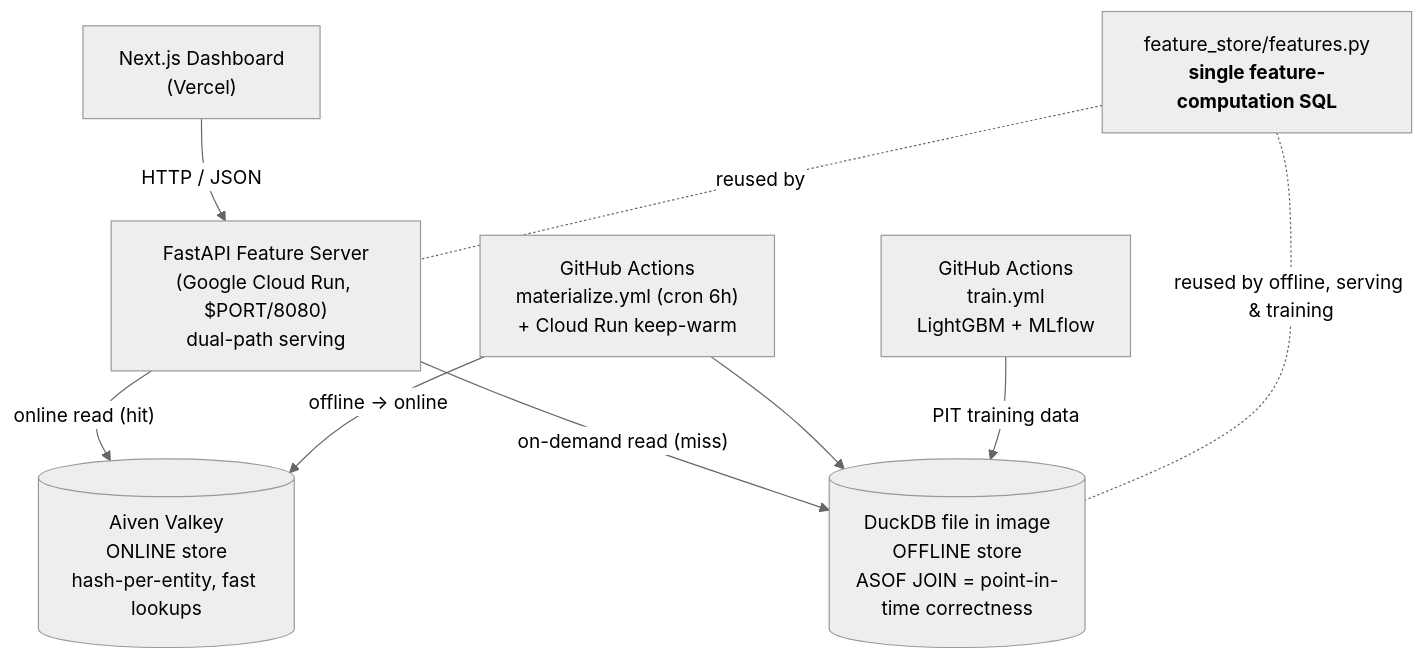
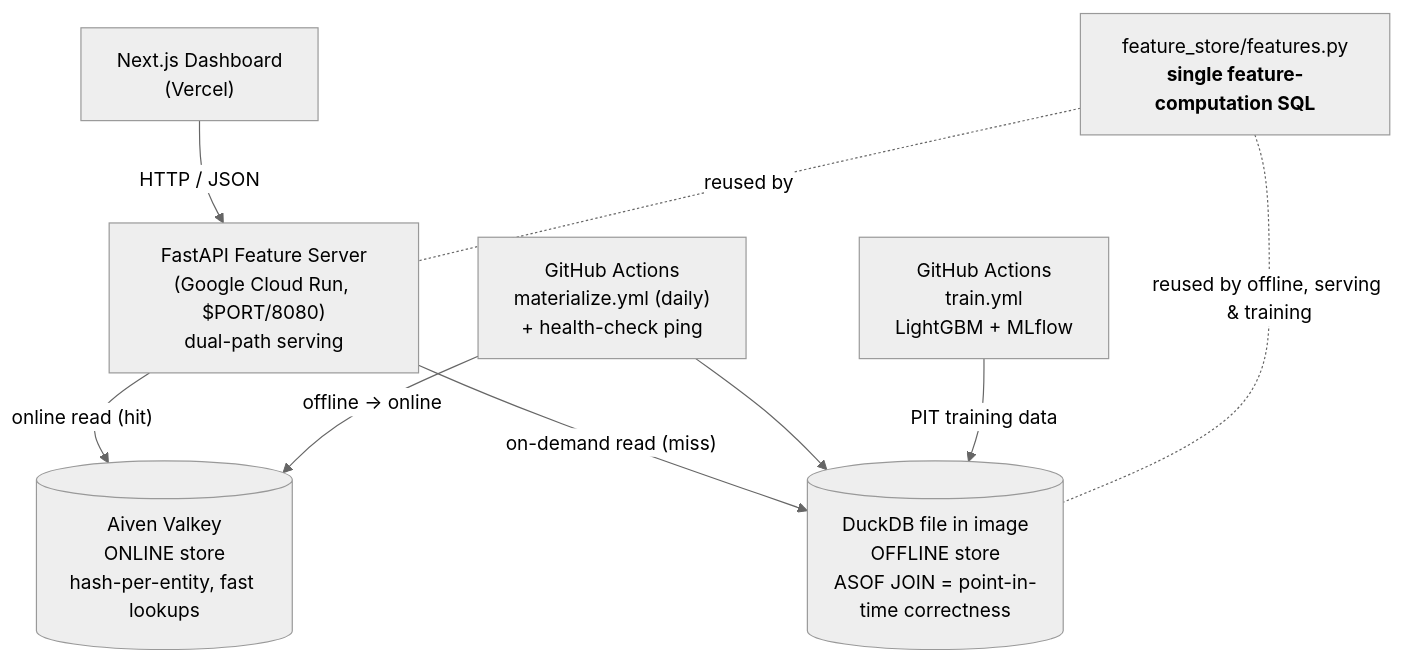
Before and after one commit to shiva-shivanibokka/ML-System-Design-Feature-Store: the diagram in README.md, drawn with Mermaid (neutral theme). The commit also changed other lines of this file and 14 other files, not shown here.

````diff
--- a/README.md
+++ b/README.md
@@ -35,19 +39,19 @@
 ```mermaid
 flowchart TB
     UI["Next.js Dashboard<br/>(Vercel)"]
     FS["FastAPI Feature Server<br/>(Google Cloud Run, $PORT/8080)<br/>dual-path serving"]
     FEAT["feature_store/features.py<br/><b>single feature-computation SQL</b>"]
     MD[("DuckDB file in image<br/>OFFLINE store<br/>ASOF JOIN = point-in-time correctness")]
     VK[("Aiven Valkey<br/>ONLINE store<br/>hash-per-entity, fast lookups")]
-    MAT["GitHub Actions<br/>materialize.yml (cron 6h)<br/>+ Cloud Run keep-warm"]
+    MAT["GitHub Actions<br/>materialize.yml (daily)<br/>+ health-check ping"]
     TR["GitHub Actions<br/>train.yml<br/>LightGBM + MLflow"]
 
     UI -- "HTTP / JSON" --> FS
     FS -- "online read (hit)" --> VK
     FS -- "on-demand read (miss)" --> MD
     MAT -- "offline → online" --> VK
     MAT --> MD
     TR -- "PIT training data" --> MD
     FEAT -. "reused by offline, serving & training" .- MD
     FEAT -. "reused by" .- FS
 ```
````
